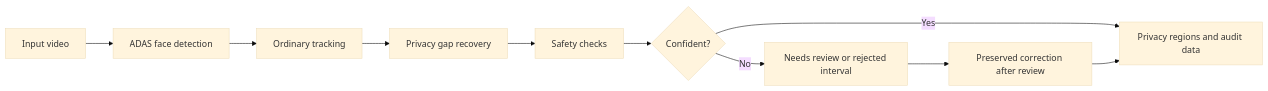
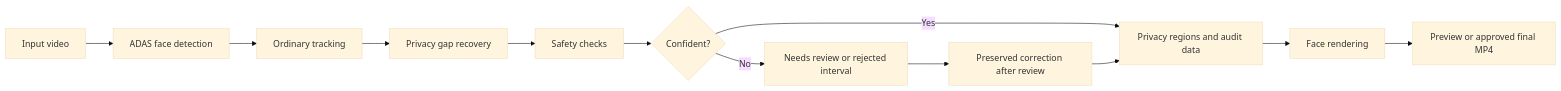
The diagram in docs/SYSTEM_OVERVIEW.md (anastasia-krnjaic/video-redaction-pipeline), drawn with Mermaid (base theme) before and after one commit. The commit also changed other lines of this file and 13 other files, not shown here.

````diff
--- a/docs/SYSTEM_OVERVIEW.md
+++ b/docs/SYSTEM_OVERVIEW.md
@@ -38,12 +48,14 @@
 ```mermaid
 flowchart LR
   A["Input video"] --> B["ADAS face detection"]
   B --> C["Ordinary tracking"]
   C --> D["Privacy gap recovery"]
   D --> E["Safety checks"]
   E --> F{"Confident?"}
   F -->|Yes| G["Privacy regions and audit data"]
   F -->|No| H["Needs review or rejected interval"]
   H --> I["Preserved correction after review"]
   I --> G
+  G --> J["Face rendering"]
+  J --> K["Preview or approved final MP4"]
 ```
````
